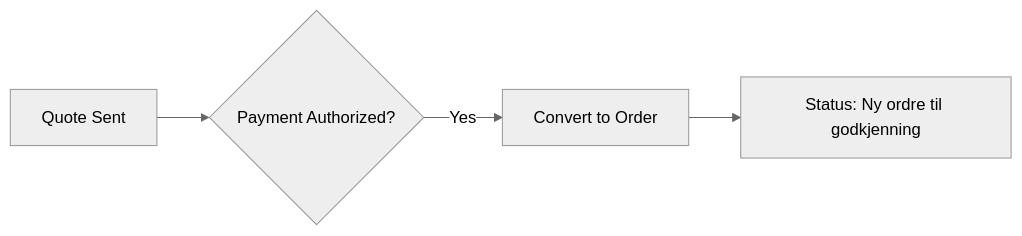
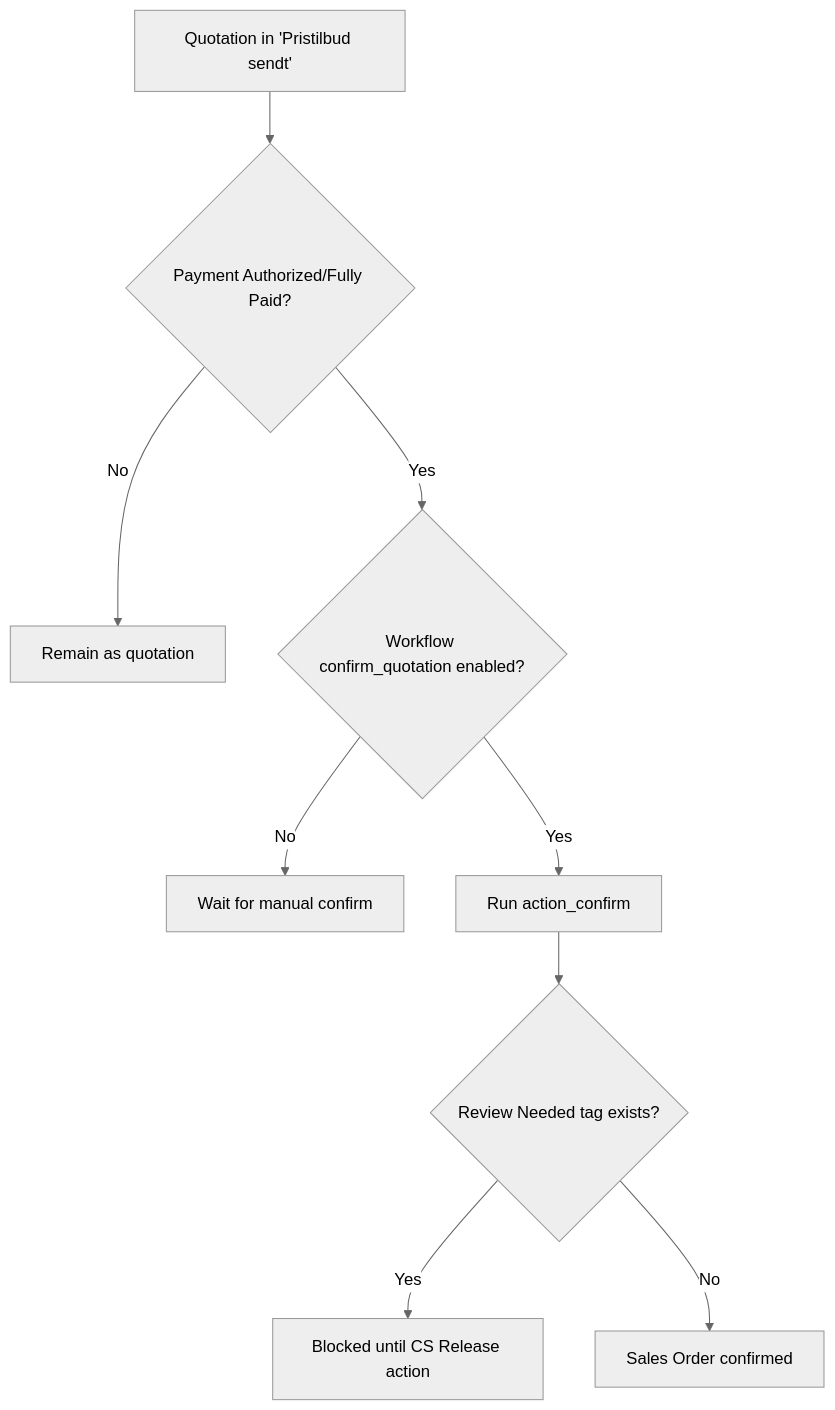
One commit to ozan-droid/documents changed the seventh of 15 diagrams in bp-automations.md. Above: the diagram before and after it, drawn with Mermaid (neutral theme). The commit also changed other lines of this file, not shown here.

````diff
--- a/bp-automations.md
+++ b/bp-automations.md
@@ -158,6 +181,11 @@
 ```mermaid
-graph LR
-    A["Quote Sent"] --> B{"Payment Authorized?"}
-    B -- Yes --> C["Convert to Order"]
-    C --> D["Status: Ny ordre til godkjenning"]
+graph TD
+    A["Quotation in 'Pristilbud sendt'"] --> B{"Payment Authorized/Fully Paid?"}
+    B -- No --> C["Remain as quotation"]
+    B -- Yes --> D{"Workflow confirm_quotation enabled?"}
+    D -- No --> E["Wait for manual confirm"]
+    D -- Yes --> F["Run action_confirm"]
+    F --> G{"Review Needed tag exists?"}
+    G -- Yes --> H["Blocked until CS Release action"]
+    G -- No --> I["Sales Order confirmed"]
 ```
````
